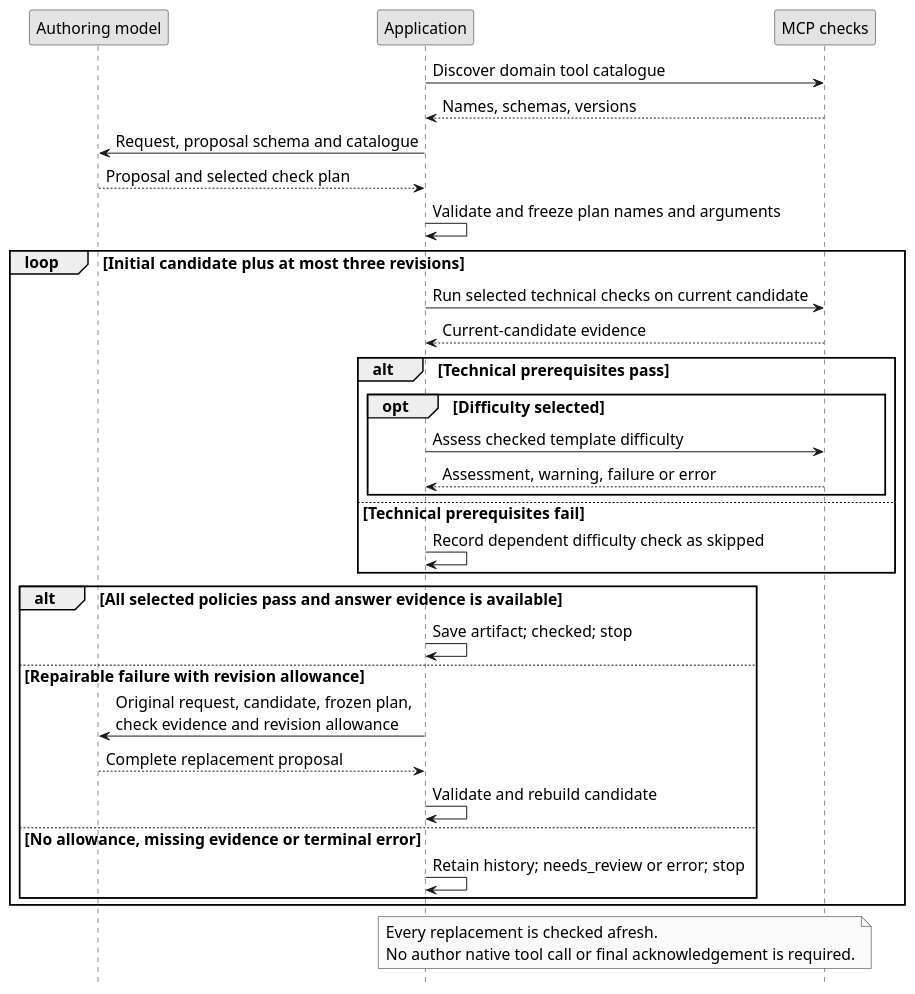
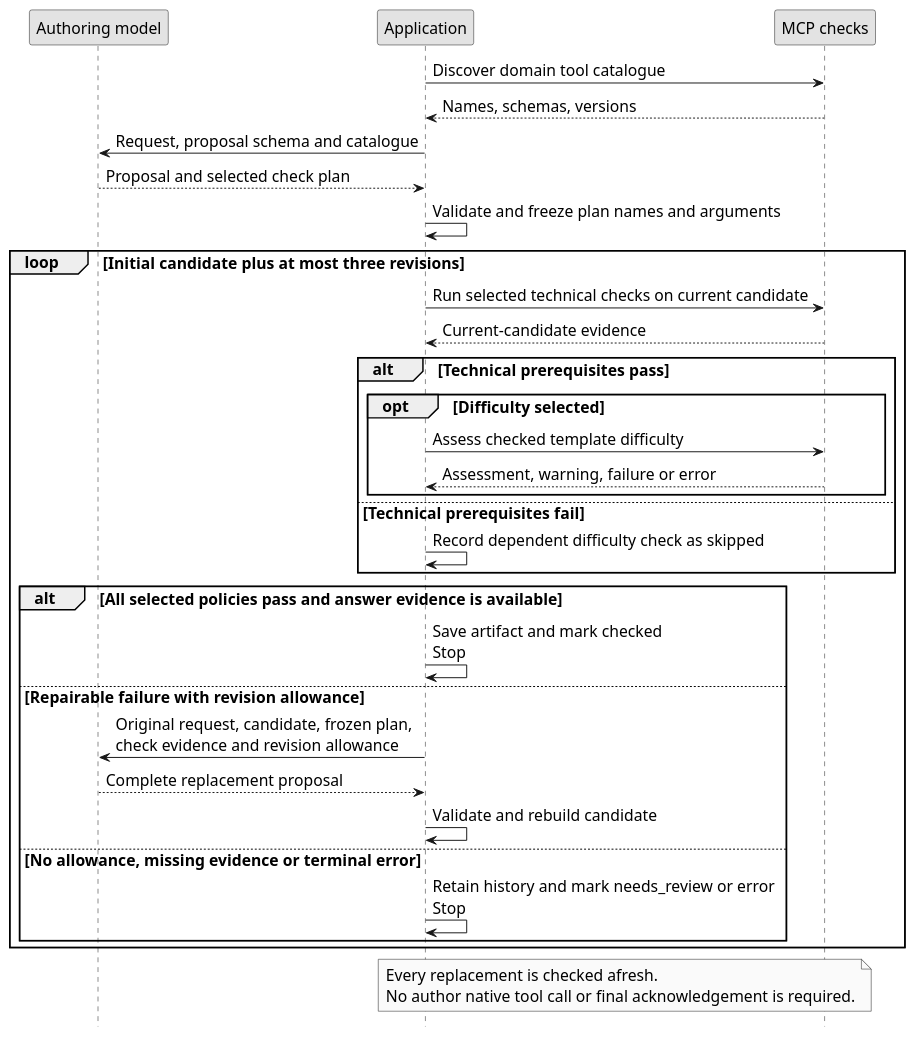
One commit to edcraft-org/ai changed the diagram in docs/ca-report/figures/authoring-sequence.puml. Above: the diagram before and after it, drawn with PlantUML. The commit also changed 16 other files, not shown here.

```diff
--- a/docs/ca-report/figures/authoring-sequence.puml
+++ b/docs/ca-report/figures/authoring-sequence.puml
@@ -1,38 +1,38 @@
 @startuml EdCraftAuthoring
 skinparam monochrome true
 skinparam defaultFontSize 16
 hide footbox
 participant "Authoring model" as Model
 participant Application as App
 participant "MCP checks" as Checks
 App -> Checks: Discover domain tool catalogue
 Checks --> App: Names, schemas, versions
 App -> Model: Request, proposal schema and catalogue
 Model --> App: Proposal and selected check plan
 App -> App: Validate and freeze plan names and arguments
 loop Initial candidate plus at most three revisions
   App -> Checks: Run selected technical checks on current candidate
   Checks --> App: Current-candidate evidence
   alt Technical prerequisites pass
     opt Difficulty selected
       App -> Checks: Assess checked template difficulty
       Checks --> App: Assessment, warning, failure or error
     end
   else Technical prerequisites fail
     App -> App: Record dependent difficulty check as skipped
   end
   alt All selected policies pass and answer evidence is available
-    App -> App: Save artifact; checked; stop
+    App -> App: Save artifact and mark checked\nStop
   else Repairable failure with revision allowance
     App -> Model: Original request, candidate, frozen plan,\ncheck evidence and revision allowance
     Model --> App: Complete replacement proposal
     App -> App: Validate and rebuild candidate
   else No allowance, missing evidence or terminal error
-    App -> App: Retain history; needs_review or error; stop
+    App -> App: Retain history and mark needs_review or error\nStop
   end
 end
 note over App,Checks
 Every replacement is checked afresh.
 No author native tool call or final acknowledgement is required.
 end note
 @enduml
```
